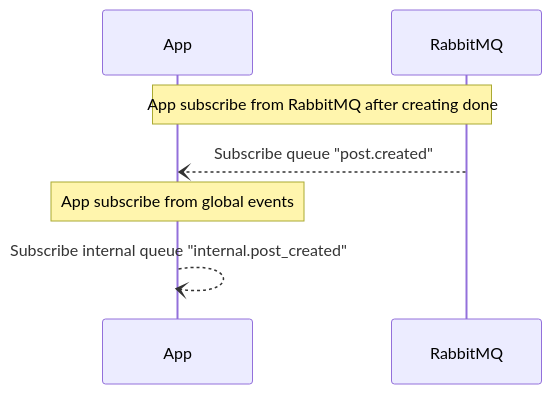
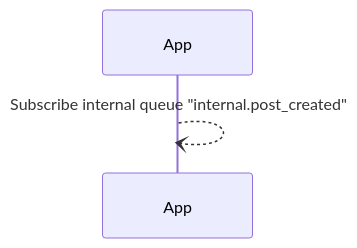
Before and after one commit to doanthuanthanh88/yas-sequence-diagram: the eighth of 14 diagrams in GUIDE.md, drawn with Mermaid. The commit also changed other lines of this file and 14 other files, not shown here.

````diff
--- a/GUIDE.md
+++ b/GUIDE.md
@@ -167,9 +319,6 @@
 ```mermaid
 sequenceDiagram
 
-NOTE OVER App, RabbitMQ: App subscribe from RabbitMQ after creating done
-RabbitMQ --) App: Subscribe queue "post.created"
+App --) App: Subscribe internal queue "internal.post_created"
 
-NOTE OVER App, App: App subscribe from global events
-App --) App: Subscribe internal queue "internal.post_created"
 ```
````
